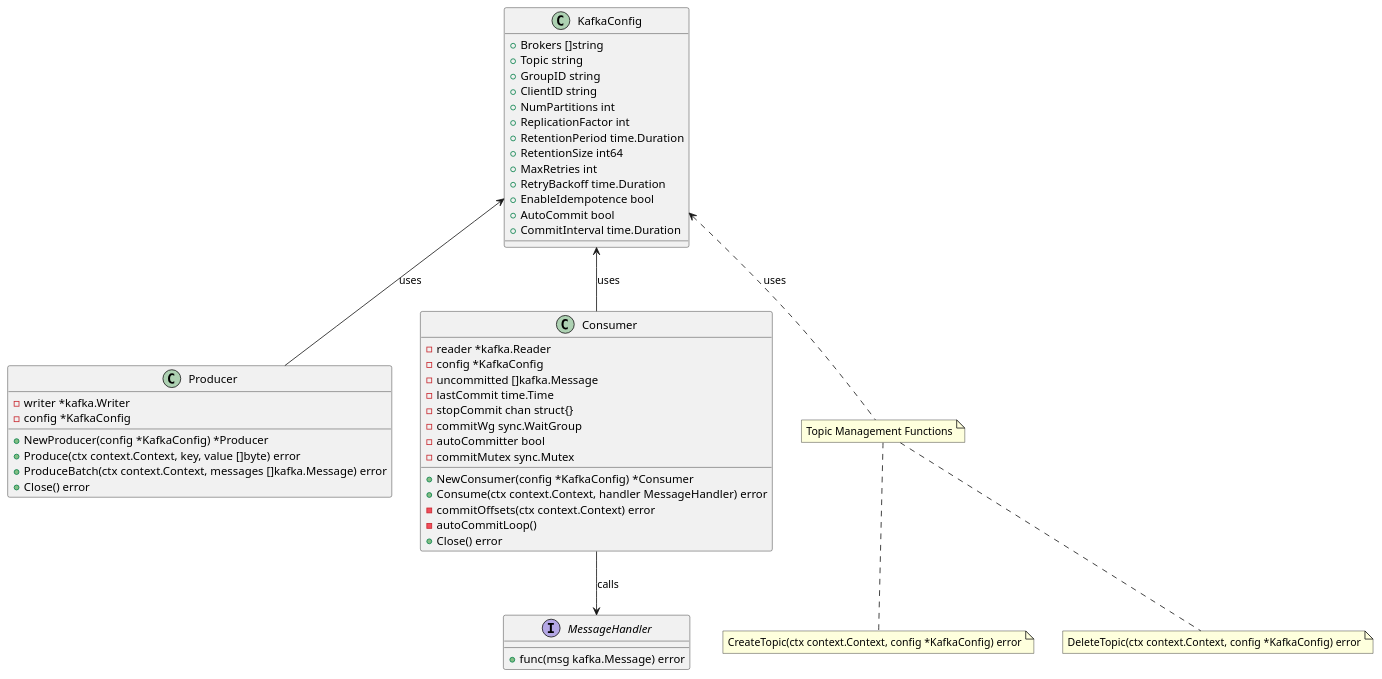
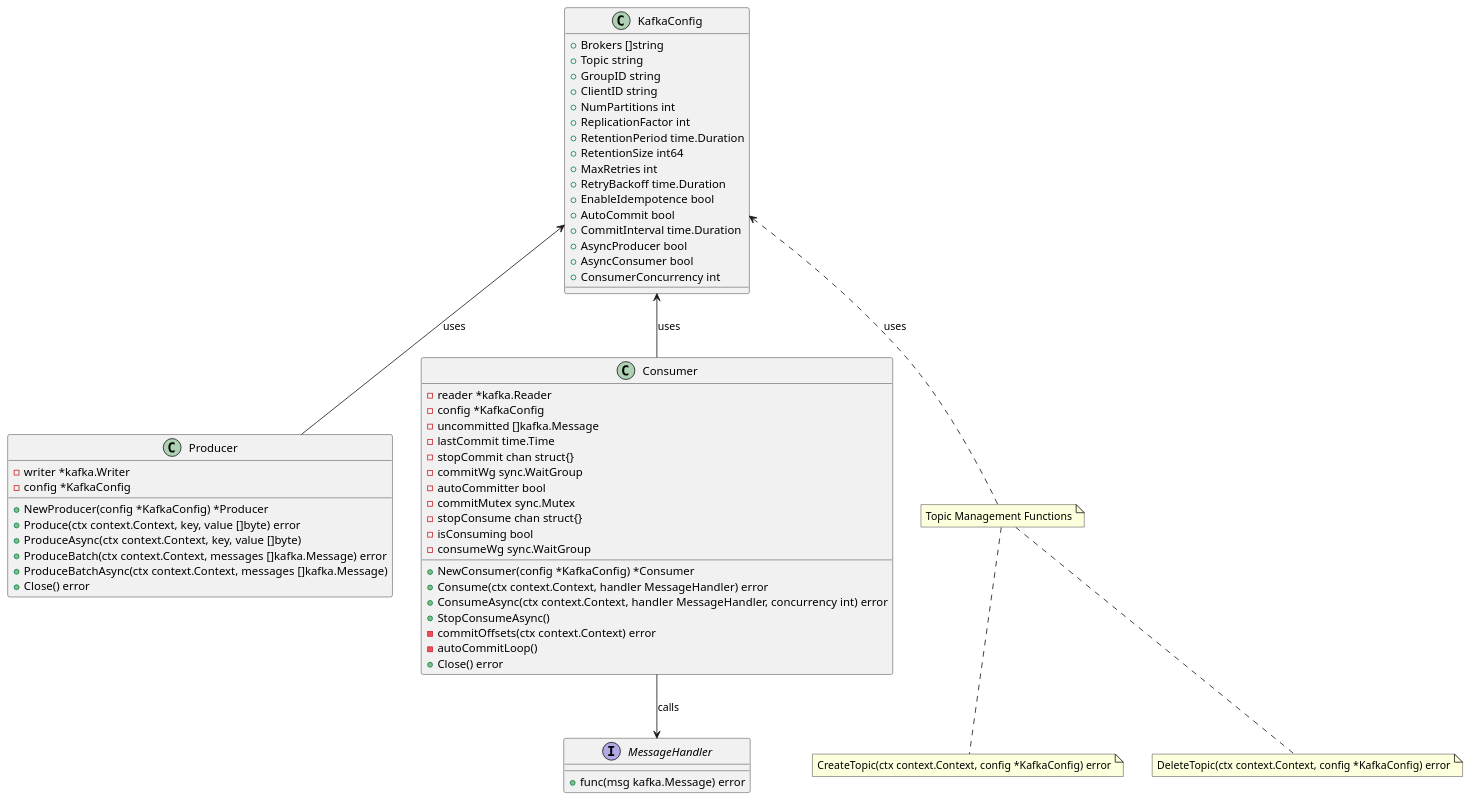
The diagram in kafka/diagrams/kafka_class.puml (Chandra179/huba), drawn with PlantUML before and after one commit. The commit also changed 7 other files, not shown here.

Commit message:
async kafka

```diff
--- a/kafka/diagrams/kafka_class.puml
+++ b/kafka/diagrams/kafka_class.puml
@@ -1,59 +1,69 @@
 @startuml Kafka Class Diagram
 
 class KafkaConfig {
   +Brokers []string
   +Topic string
   +GroupID string
   +ClientID string
   +NumPartitions int
   +ReplicationFactor int
   +RetentionPeriod time.Duration
   +RetentionSize int64
   +MaxRetries int
   +RetryBackoff time.Duration
   +EnableIdempotence bool
   +AutoCommit bool
   +CommitInterval time.Duration
+  +AsyncProducer bool
+  +AsyncConsumer bool
+  +ConsumerConcurrency int
 }
 
 class Producer {
   -writer *kafka.Writer
   -config *KafkaConfig
   +NewProducer(config *KafkaConfig) *Producer
   +Produce(ctx context.Context, key, value []byte) error
+  +ProduceAsync(ctx context.Context, key, value []byte)
   +ProduceBatch(ctx context.Context, messages []kafka.Message) error
+  +ProduceBatchAsync(ctx context.Context, messages []kafka.Message)
   +Close() error
 }
 
 class Consumer {
   -reader *kafka.Reader
   -config *KafkaConfig
   -uncommitted []kafka.Message
   -lastCommit time.Time
   -stopCommit chan struct{}
   -commitWg sync.WaitGroup
   -autoCommitter bool
   -commitMutex sync.Mutex
+  -stopConsume chan struct{}
+  -isConsuming bool
+  -consumeWg sync.WaitGroup
   +NewConsumer(config *KafkaConfig) *Consumer
   +Consume(ctx context.Context, handler MessageHandler) error
+  +ConsumeAsync(ctx context.Context, handler MessageHandler, concurrency int) error
+  +StopConsumeAsync()
   -commitOffsets(ctx context.Context) error
   -autoCommitLoop()
   +Close() error
 }
 
 interface MessageHandler {
   +func(msg kafka.Message) error
 }
 
 note "Topic Management Functions" as TopicNote
 note "CreateTopic(ctx context.Context, config *KafkaConfig) error" as CreateNote
 note "DeleteTopic(ctx context.Context, config *KafkaConfig) error" as DeleteNote
 
 KafkaConfig <-- Producer : uses
 KafkaConfig <-- Consumer : uses
 Consumer --> MessageHandler : calls
 TopicNote .. CreateNote
 TopicNote .. DeleteNote
 KafkaConfig <.. TopicNote : uses
 
 @enduml 
```
